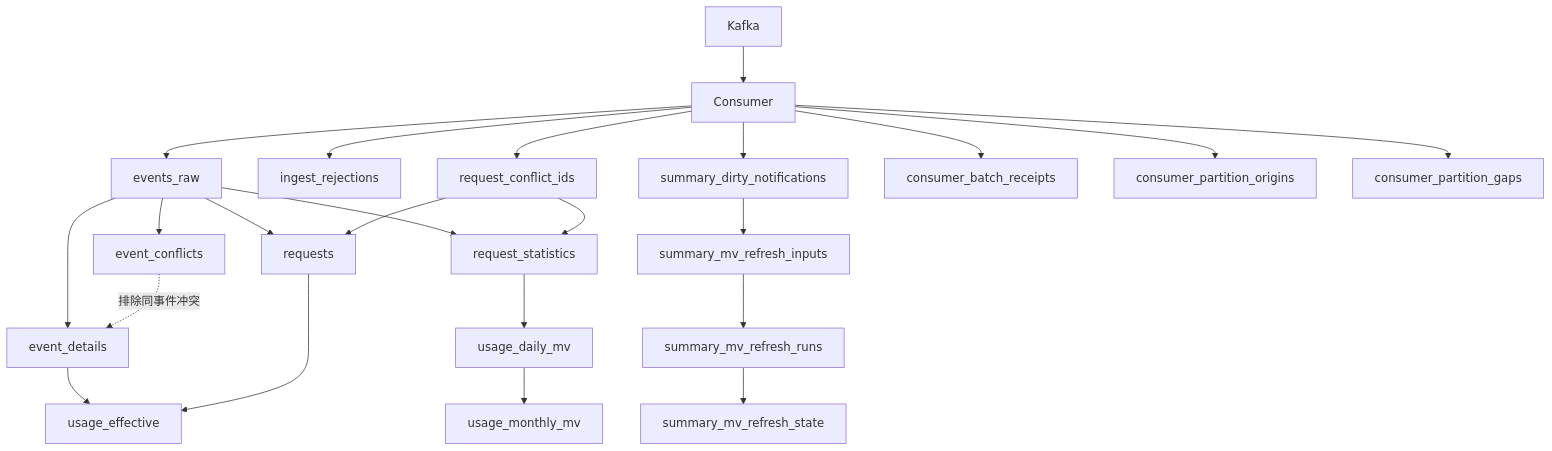
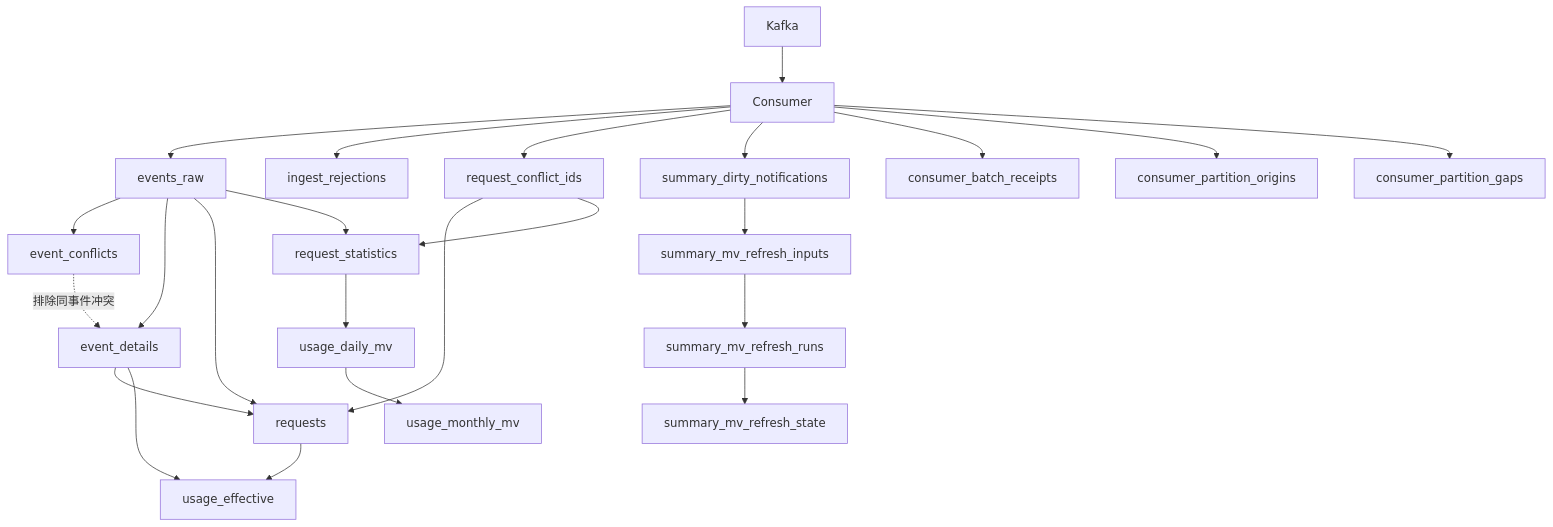
One commit to Fangyan33/llm-token-stats changed the diagram in docs/doris-database-schema.md. Above: the diagram before and after it, drawn with Mermaid. The commit also changed other lines of this file and 48 other files, not shown here.

````diff
--- a/docs/doris-database-schema.md
+++ b/docs/doris-database-schema.md
@@ -42,25 +42,26 @@
 ```mermaid
 flowchart TD
   Kafka --> Consumer
   Consumer --> events_raw
   Consumer --> ingest_rejections
   Consumer --> request_conflict_ids
   Consumer --> summary_dirty_notifications
   Consumer --> consumer_batch_receipts
   Consumer --> consumer_partition_origins
   Consumer --> consumer_partition_gaps
   events_raw --> event_conflicts
   events_raw --> event_details
   event_conflicts -. 排除同事件冲突 .-> event_details
   events_raw --> requests
   request_conflict_ids --> requests
+  event_details --> requests
   event_details --> usage_effective
   requests --> usage_effective
   events_raw --> request_statistics
   request_conflict_ids --> request_statistics
   request_statistics --> usage_daily_mv
   usage_daily_mv --> usage_monthly_mv
   summary_dirty_notifications --> summary_mv_refresh_inputs
   summary_mv_refresh_inputs --> summary_mv_refresh_runs
   summary_mv_refresh_runs --> summary_mv_refresh_state
 ```
````
